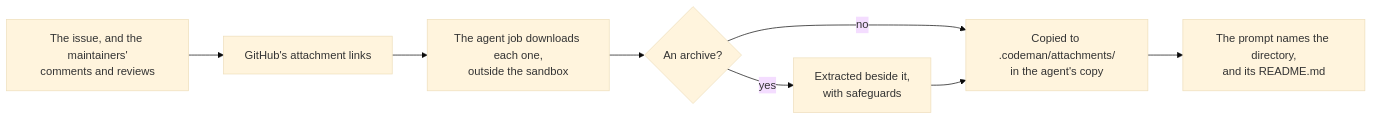
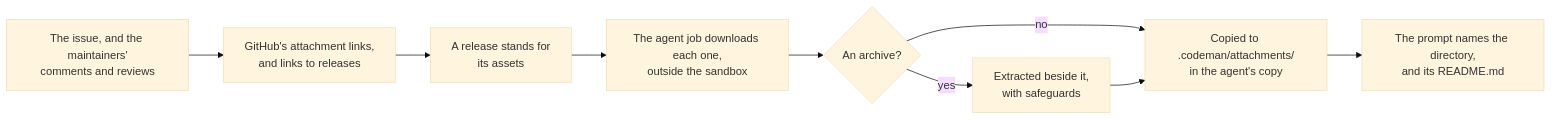
The diagram in docs/tasks/attachments.md (codenergy-dev/codeman), drawn with Mermaid (base theme) before and after one commit. The commit also changed other lines of this file and 9 other files, not shown here.

First line of the commit message:
Document giving the agent files through a release

````diff
--- a/docs/tasks/attachments.md
+++ b/docs/tasks/attachments.md
@@ -19,10 +27,11 @@
 ```mermaid
 flowchart LR
-  texts["The issue, and the maintainers'<br/>comments and reviews"] --> links["GitHub's attachment links"]
-  links --> download["The agent job downloads each one,<br/>outside the sandbox"]
+  texts["The issue, and the maintainers'<br/>comments and reviews"] --> links["GitHub's attachment links,<br/>and links to releases"]
+  links --> expand["A release stands for<br/>its assets"]
+  expand --> download["The agent job downloads each one,<br/>outside the sandbox"]
   download --> archive{"An archive?"}
   archive -->|yes| extract["Extracted beside it,<br/>with safeguards"]
   archive -->|no| copy
   extract --> copy["Copied to .codeman/attachments/<br/>in the agent's copy"]
   copy --> prompt["The prompt names the directory,<br/>and its README.md"]
 ```
````
